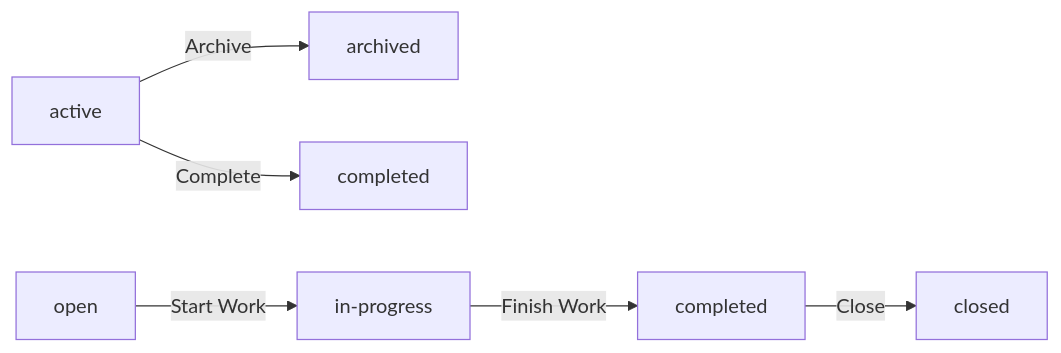
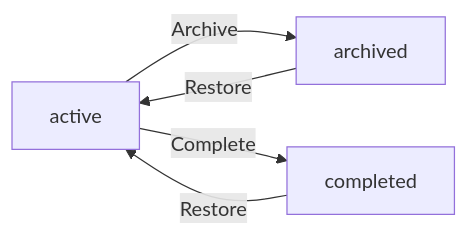
One commit to wrtnlabs/autobe-examples changed the fifth of 7 diagrams in qwen/qwen3.5-397b-a17b/erp/docs/analysis/02-domain-model.md. Above: the diagram before and after it, drawn with Mermaid. The commit also changed other lines of this file and 9017 other files, not shown here.

````diff
--- a/qwen/qwen3.5-397b-a17b/erp/docs/analysis/02-domain-model.md
+++ b/qwen/qwen3.5-397b-a17b/erp/docs/analysis/02-domain-model.md
@@ -696,8 +930,7 @@
 ```mermaid
 flowchart LR
     A["active"] -->|"Archive"| B["archived"]
     A -->|"Complete"| C["completed"]
-    D["open"] -->|"Start Work"| E["in-progress"]
-    E -->|"Finish Work"| F["completed"]
-    F -->|"Close"| G["closed"]
+    B -->|"Restore"| A
+    C -->|"Restore"| A
 ```
````
